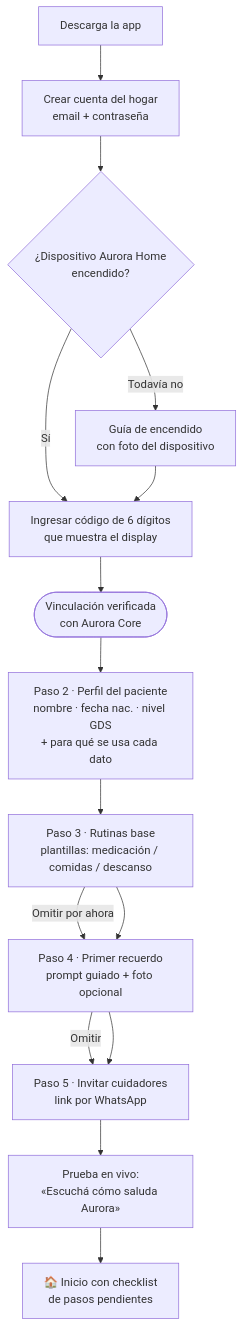
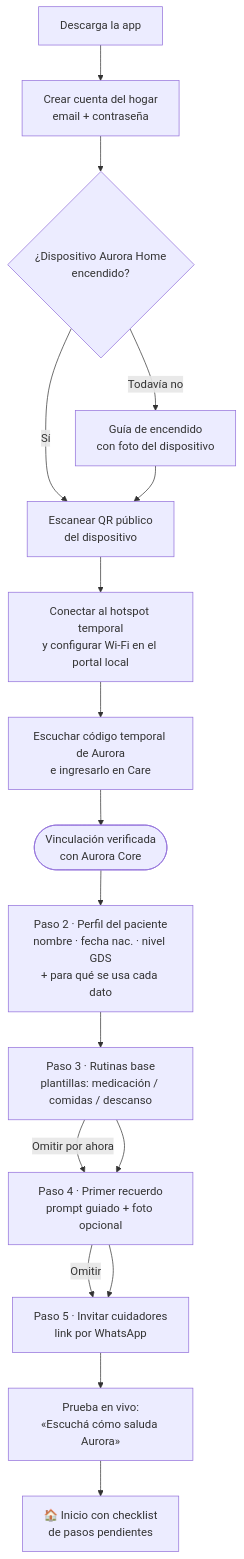
Before and after one commit to NicolasRodeyro/ObsidianAurora: the first of 9 diagrams in Document Hub/Diseño UX-UI/User Flows.md, drawn with Mermaid. The commit also changed other lines of this file and 2 other files, not shown here.

Commit message:
Remove Aurora Home display from MVP design docs
Aurora Home MVP no longer includes a display. Updated design documentation to reflect voice + LED-only signaling and care app integration:

- Onboarding: QR + voice code pairing instead of 6-digit display code
- Accessibility: Updated cognitive accessibility to LED + voice (removed display redundancy)
- VUI: Removed display state table; LED + audio now primary signals
- User flows: Photos, text and status moved to Care app for caregiver viewing
- States: Care app conserves diagnostics and interaction history (not Aurora Home)

````diff
--- a/Document Hub/Diseño UX-UI/User Flows.md
+++ b/Document Hub/Diseño UX-UI/User Flows.md
@@ -16,16 +16,18 @@
 ```mermaid
 flowchart TD
     A[Descarga la app] --> B[Crear cuenta del hogar<br/>email + contraseña]
     B --> C{¿Dispositivo Aurora Home<br/>encendido?}
-    C -- Sí --> D[Ingresar código de 6 dígitos<br/>que muestra el display]
+    C -- Sí --> D[Escanear QR público<br/>del dispositivo]
     C -- "Todavía no" --> C2[Guía de encendido<br/>con foto del dispositivo] --> D
-    D --> E([Vinculación verificada<br/>con Aurora Core])
-    E --> F[Paso 2 · Perfil del paciente<br/>nombre · fecha nac. · nivel GDS<br/>+ para qué se usa cada dato]
-    F --> G[Paso 3 · Rutinas base<br/>plantillas: medicación / comidas / descanso]
-    G -- "Omitir por ahora" --> H
-    G --> H[Paso 4 · Primer recuerdo<br/>prompt guiado + foto opcional]
-    H -- Omitir --> I
-    H --> I[Paso 5 · Invitar cuidadores<br/>link por WhatsApp]
-    I --> J[Prueba en vivo:<br/>«Escuchá cómo saluda Aurora»]
-    J --> K[🏠 Inicio con checklist<br/>de pasos pendientes]
+    D --> E[Conectar al hotspot temporal<br/>y configurar Wi-Fi en el portal local]
+    E --> F[Escuchar código temporal de Aurora<br/>e ingresarlo en Care]
+    F --> G([Vinculación verificada<br/>con Aurora Core])
+    G --> H[Paso 2 · Perfil del paciente<br/>nombre · fecha nac. · nivel GDS<br/>+ para qué se usa cada dato]
+    H --> I[Paso 3 · Rutinas base<br/>plantillas: medicación / comidas / descanso]
+    I -- "Omitir por ahora" --> J
+    I --> J[Paso 4 · Primer recuerdo<br/>prompt guiado + foto opcional]
+    J -- Omitir --> K
+    J --> K[Paso 5 · Invitar cuidadores<br/>link por WhatsApp]
+    K --> L[Prueba en vivo:<br/>«Escuchá cómo saluda Aurora»]
+    L --> M[🏠 Inicio con checklist<br/>de pasos pendientes]
 ```
````
